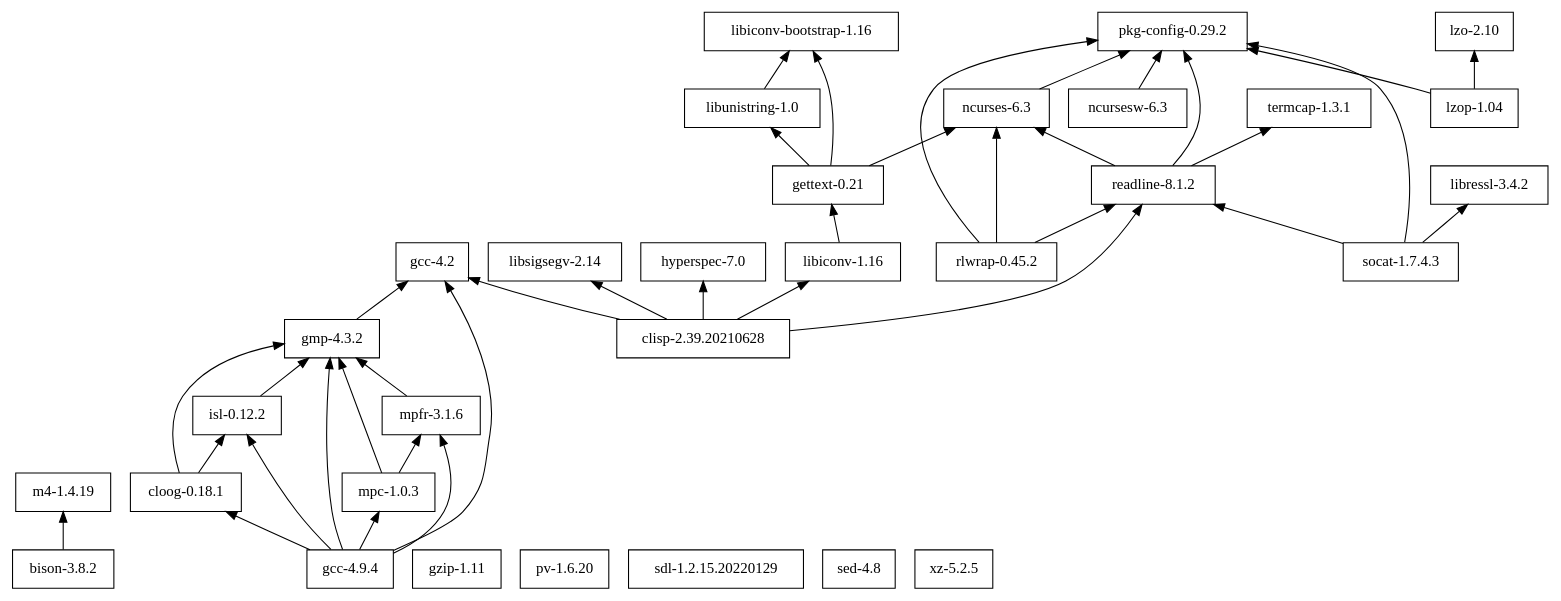
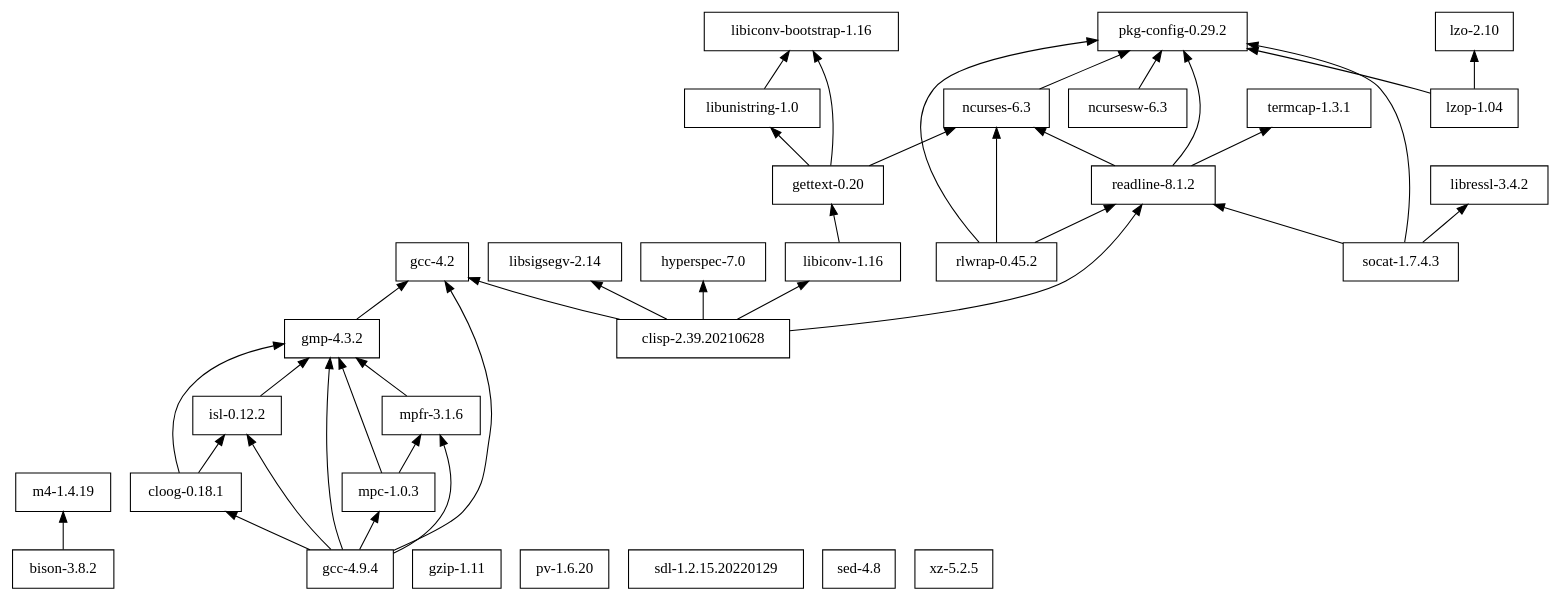
The diagram in tigersh/deps/dependencies.dot (cellularmitosis/leopard.sh), drawn with Graphviz before and after one commit. The commit also changed 15 other files, not shown here.

```diff
--- a/tigersh/deps/dependencies.dot
+++ b/tigersh/deps/dependencies.dot
@@ -1,58 +1,57 @@
 digraph mygraph {
 node [shape=box];
 rankdir = BT;
 
 "bison-3.8.2" -> "m4-1.4.19"
 "clisp-2.39.20210628" -> "gcc-4.2"
 "clisp-2.39.20210628" -> "hyperspec-7.0"
 "clisp-2.39.20210628" -> "libiconv-1.16"
 "clisp-2.39.20210628" -> "libsigsegv-2.14"
 "clisp-2.39.20210628" -> "readline-8.1.2"
 "cloog-0.18.1" -> "gmp-4.3.2"
 "cloog-0.18.1" -> "isl-0.12.2"
 "gcc-4.2"
 "gcc-4.9.4" -> "cloog-0.18.1"
 "gcc-4.9.4" -> "gcc-4.2"
 "gcc-4.9.4" -> "gmp-4.3.2"
 "gcc-4.9.4" -> "isl-0.12.2"
 "gcc-4.9.4" -> "mpc-1.0.3"
 "gcc-4.9.4" -> "mpfr-3.1.6"
-"gettext-0.21" -> "libiconv-bootstrap-1.16"
-"gettext-0.21" -> "libunistring-1.0"
-"gettext-0.21" -> "ncurses-6.3"
+"gettext-0.20" -> "libiconv-bootstrap-1.16"
+"gettext-0.20" -> "libunistring-1.0"
+"gettext-0.20" -> "ncurses-6.3"
 "gmp-4.3.2" -> "gcc-4.2"
 "gzip-1.11"
 "hyperspec-7.0"
 "isl-0.12.2" -> "gmp-4.3.2"
-"libiconv-1.16"
-"libiconv-1.16" -> "gettext-0.21"
+"libiconv-1.16" -> "gettext-0.20"
 "libiconv-bootstrap-1.16"
 "libressl-3.4.2"
 "libsigsegv-2.14"
 "libunistring-1.0" -> "libiconv-bootstrap-1.16"
 "lzo-2.10"
 "lzop-1.04" -> "lzo-2.10"
 "lzop-1.04" -> "pkg-config-0.29.2"
 "m4-1.4.19"
 "mpc-1.0.3" -> "gmp-4.3.2"
 "mpc-1.0.3" -> "mpfr-3.1.6"
 "mpfr-3.1.6" -> "gmp-4.3.2"
 "ncurses-6.3" -> "pkg-config-0.29.2"
 "ncursesw-6.3" -> "pkg-config-0.29.2"
 "pkg-config-0.29.2"
 "pv-1.6.20"
 "readline-8.1.2" -> "ncurses-6.3"
 "readline-8.1.2" -> "pkg-config-0.29.2"
 "readline-8.1.2" -> "termcap-1.3.1"
 "rlwrap-0.45.2" -> "ncurses-6.3"
 "rlwrap-0.45.2" -> "pkg-config-0.29.2"
 "rlwrap-0.45.2" -> "readline-8.1.2"
 "sdl-1.2.15.20220129"
 "sed-4.8"
 "socat-1.7.4.3" -> "libressl-3.4.2"
 "socat-1.7.4.3" -> "pkg-config-0.29.2"
 "socat-1.7.4.3" -> "readline-8.1.2"
 "termcap-1.3.1"
 "xz-5.2.5"
 
 }
```
